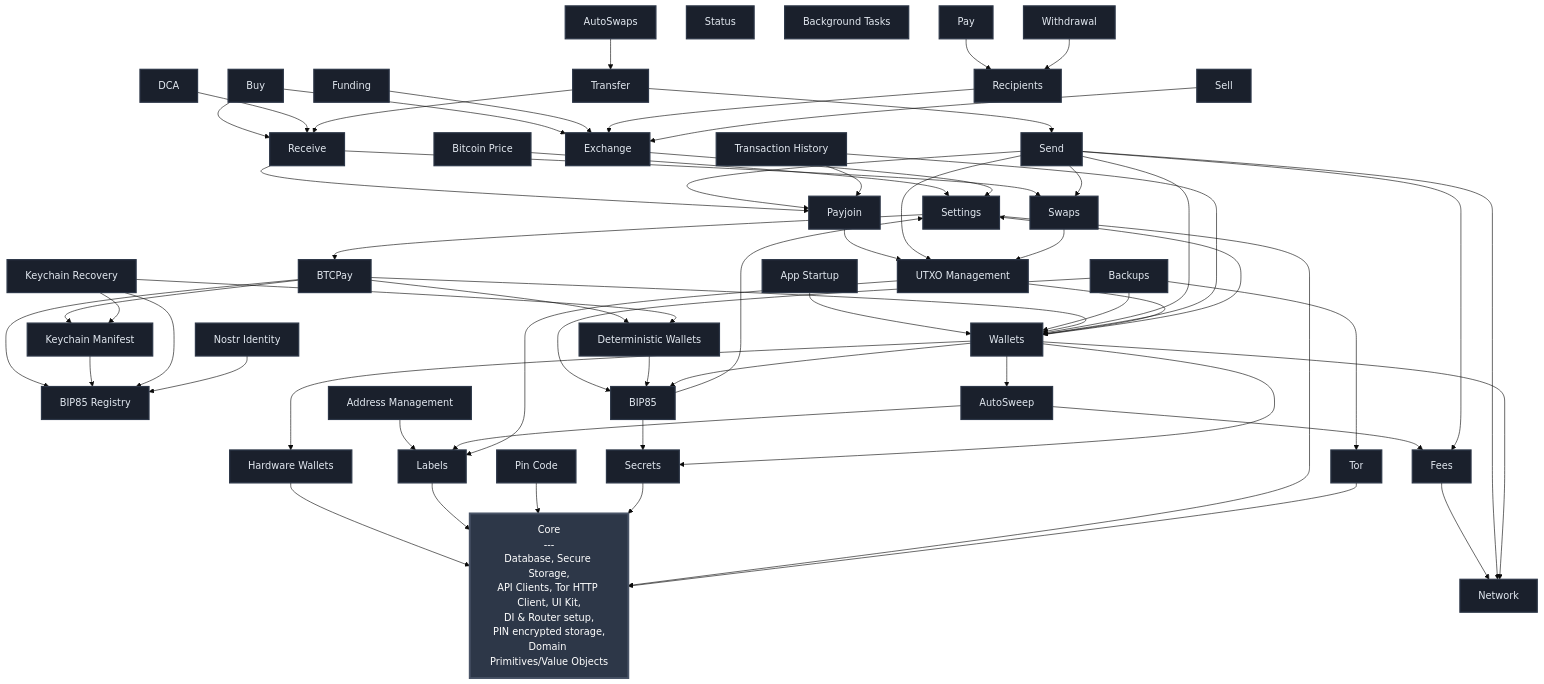
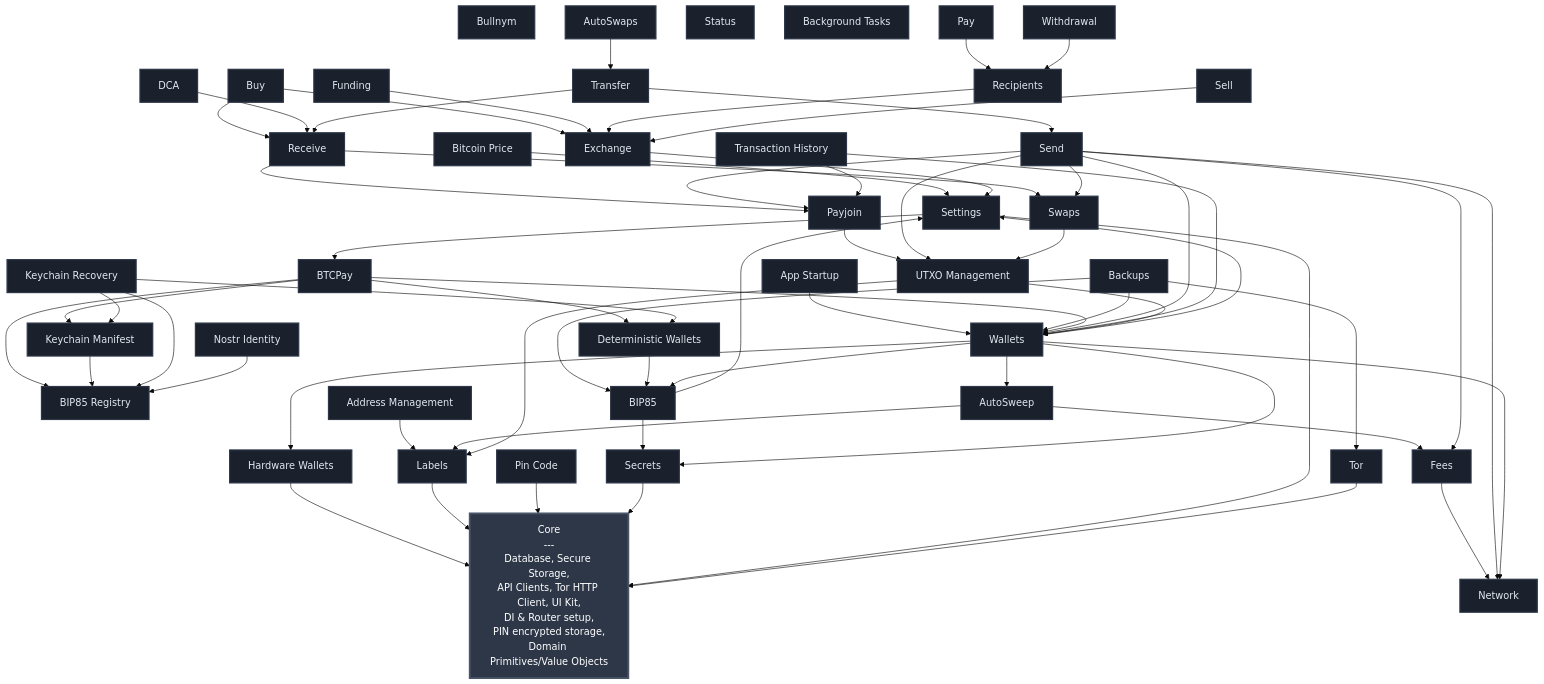
Before and after one commit to BullishNode/bullbitcoin-mobile: the diagram in FEATURES.md, drawn with Mermaid (base theme). The commit also changed 8 other files, not shown here.

````diff
--- a/FEATURES.md
+++ b/FEATURES.md
@@ -25,6 +25,7 @@
     KEYCHAIN_MANIFEST[Keychain Manifest]
     KEYCHAIN_RECOVERY[Keychain Recovery]
     NOSTR_IDENTITY[Nostr Identity]
+    BULLNYM[Bullnym]
     NETWORK[Network]
     BIP85[BIP85]
     FEES[Fees]
@@ -122,5 +123,5 @@
     classDef featureStyle fill:#1a202c,stroke:#2d3748,stroke-width:2px,color:#e2e8f0
 
     class CORE coreStyle
-    class SETTINGS,TOR,PIN_CODE,LABELS,SECRETS,HW_WALLETS,BTC_PRICE,BTCPAY,BIP85_REGISTRY,DETERMINISTIC_WALLETS,KEYCHAIN_MANIFEST,KEYCHAIN_RECOVERY,NOSTR_IDENTITY,NETWORK,BIP85,FEES,WALLETS,EXCHANGE,APP_STARTUP,UTXO_MGMT,ADDRESS_MGMT,RECIPIENTS,FUNDING,BACKUPS,SWAPS,PAYJOIN,WITHDRAWAL,STATUS,SEND,RECEIVE,TRANSFER,TX_HISTORY,BG_TASKS,AUTOSWAPS,AUTOSWEEP,DCA,SELL,PAY,BUY featureStyle
+    class SETTINGS,TOR,PIN_CODE,LABELS,SECRETS,HW_WALLETS,BTC_PRICE,BTCPAY,BIP85_REGISTRY,DETERMINISTIC_WALLETS,KEYCHAIN_MANIFEST,KEYCHAIN_RECOVERY,NOSTR_IDENTITY,BULLNYM,NETWORK,BIP85,FEES,WALLETS,EXCHANGE,APP_STARTUP,UTXO_MGMT,ADDRESS_MGMT,RECIPIENTS,FUNDING,BACKUPS,SWAPS,PAYJOIN,WITHDRAWAL,STATUS,SEND,RECEIVE,TRANSFER,TX_HISTORY,BG_TASKS,AUTOSWAPS,AUTOSWEEP,DCA,SELL,PAY,BUY featureStyle
 ```
````
